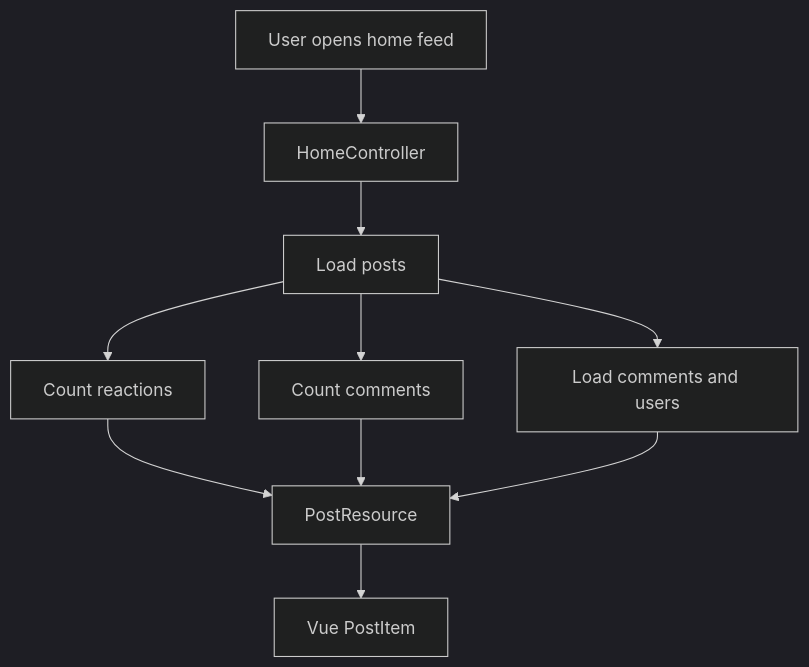
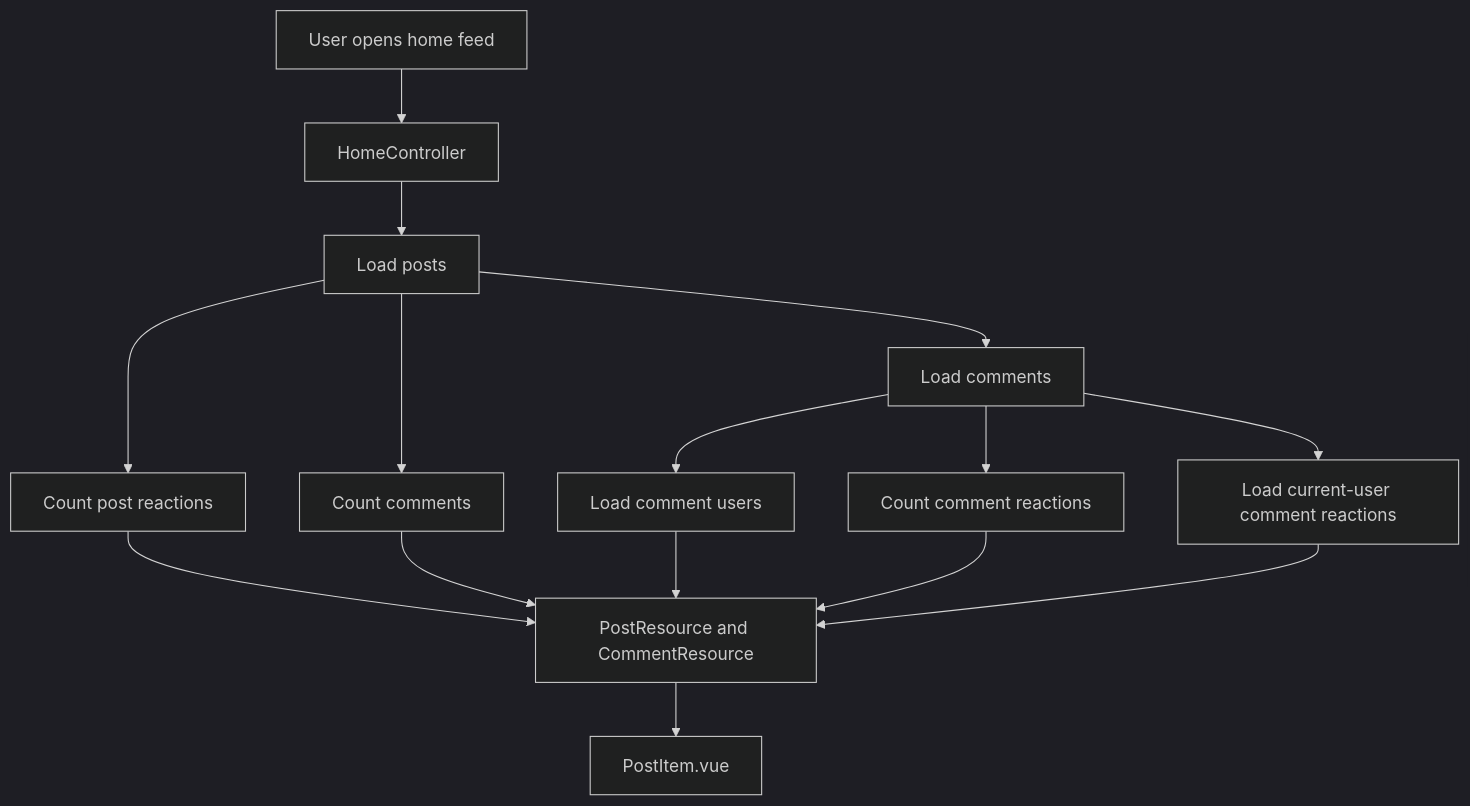
One commit to Paradox-Work/Poet-Web changed the second of 4 diagrams in docs/post-comments-flow.md. Above: the diagram before and after it, drawn with Mermaid (dark theme). The commit also changed other lines of this file, not shown here.

Commit message:
docs: update post comments flow

````diff
--- a/docs/post-comments-flow.md
+++ b/docs/post-comments-flow.md
@@ -53,21 +63,29 @@
 ```mermaid
 flowchart TD
     A[User opens home feed]
     B[HomeController]
     C[Load posts]
-    D[Count reactions]
+    D[Count post reactions]
     E[Count comments]
-    F[Load comments and users]
-    G[PostResource]
-    H[Vue PostItem]
+    F[Load comments]
+    G[Load comment users]
+    H[Count comment reactions]
+    I[Load current-user comment reactions]
+    J[PostResource and CommentResource]
+    K[PostItem.vue]
 
     A --> B
     B --> C
     C --> D
     C --> E
     C --> F
-    D --> G
-    E --> G
     F --> G
-    G --> H
+    F --> H
+    F --> I
+    D --> J
+    E --> J
+    G --> J
+    H --> J
+    I --> J
+    J --> K
 ```
````
